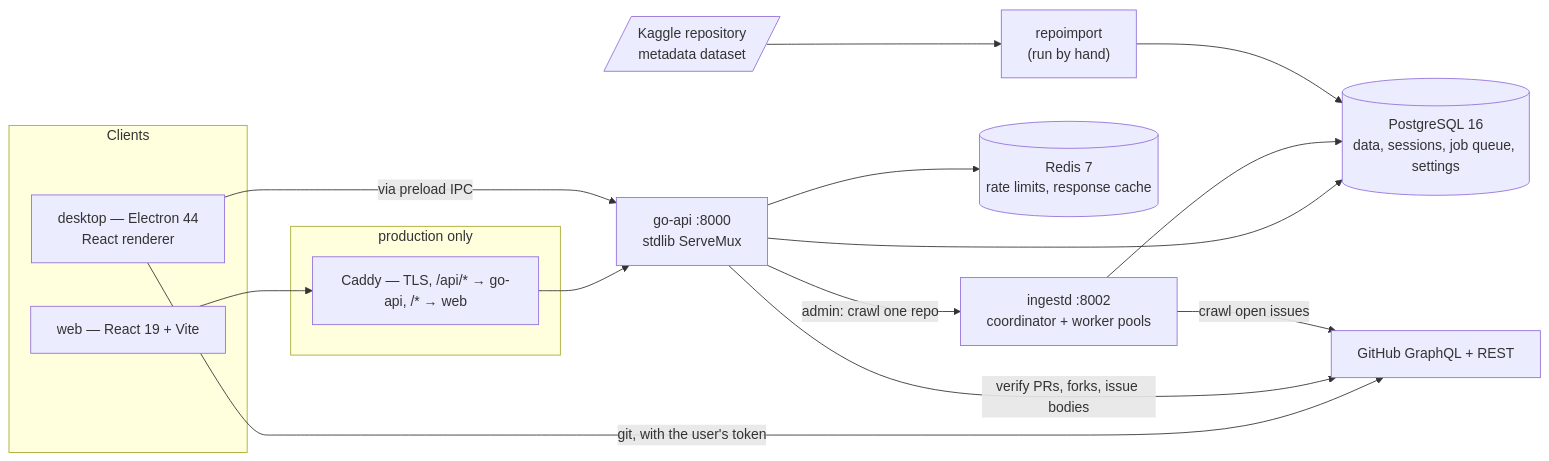
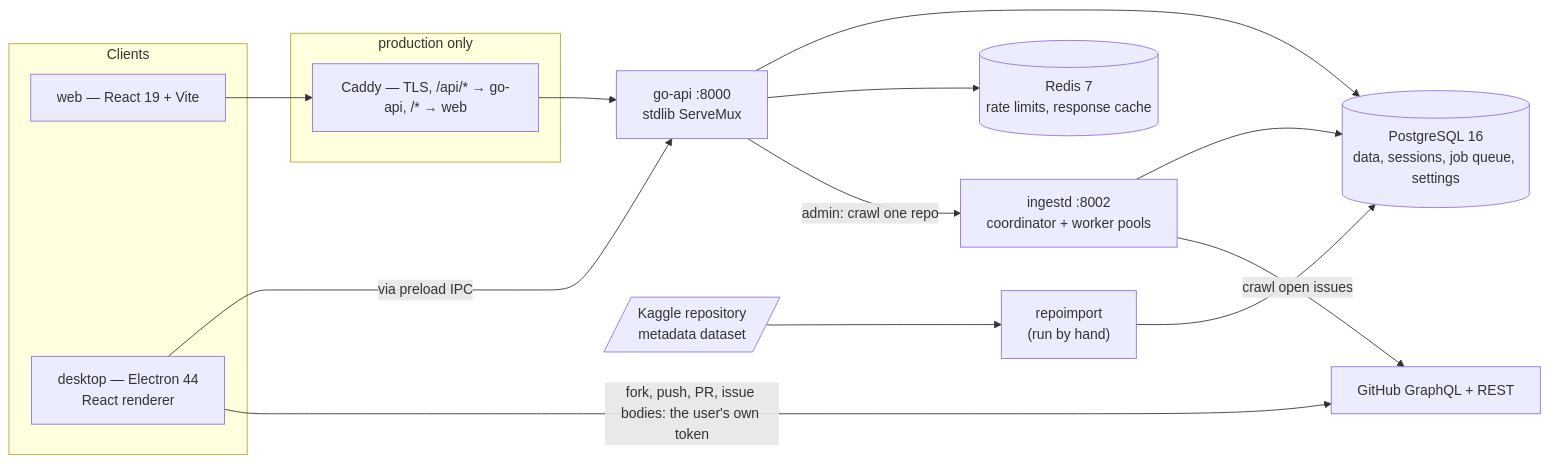
Before and after one commit to dizziedbliss/SkillIssues: the diagram in ARCHITECTURE.md, drawn with Mermaid. The commit also changed other lines of this file and 53 other files, not shown here.

First line of the commit message:
feat(auth): the server holds no user GitHub tokens

````diff
--- a/ARCHITECTURE.md
+++ b/ARCHITECTURE.md
@@ -8,30 +8,29 @@
 ```mermaid
 flowchart LR
     subgraph Clients
         Web["web — React 19 + Vite"]
         Desktop["desktop — Electron 44<br/>React renderer"]
     end
 
     subgraph Edge["production only"]
         Caddy["Caddy — TLS, /api/* → go-api, /* → web"]
     end
 
     API["go-api :8000<br/>stdlib ServeMux"]
     Ingestd["ingestd :8002<br/>coordinator + worker pools"]
     PG[("PostgreSQL 16<br/>data, sessions, job queue, settings")]
     Redis[("Redis 7<br/>rate limits, response cache")]
     GH["GitHub GraphQL + REST"]
     Import["repoimport<br/>(run by hand)"]
     Kaggle[/"Kaggle repository<br/>metadata dataset"/]
 
     Web --> Caddy --> API
     Desktop -->|via preload IPC| API
-    Desktop -->|git, with the user's token| GH
+    Desktop -->|fork, push, PR, issue bodies: the user's own token| GH
     API --> PG
     API --> Redis
-    API -->|verify PRs, forks, issue bodies| GH
     API -->|admin: crawl one repo| Ingestd
     Ingestd --> PG
     Ingestd -->|crawl open issues| GH
     Kaggle --> Import --> PG
 ```
````
